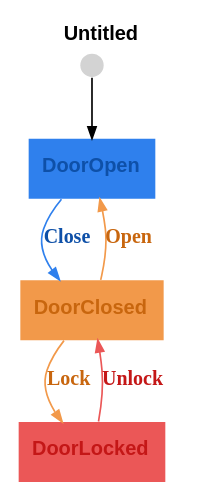
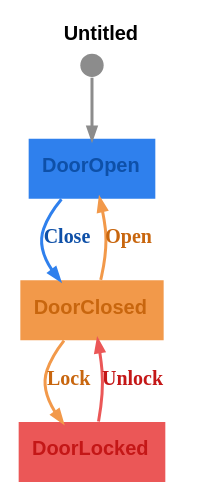
The diagram in graphs/door-with-lock.dot (m-bock/purescript-transit), drawn with Graphviz before and after one commit. The commit also changed 7 other files, not shown here.

```diff
--- a/graphs/door-with-lock.dot
+++ b/graphs/door-with-lock.dot
@@ -1,13 +1,13 @@
 digraph 
 {
 rankdir = "TD";fontname = "Arial";label = <<b>Untitled</b>>;labelloc = "t";fontsize = 12
 DoorOpen [shape = "box", label = <<b>DoorOpen</b>>, fontsize = 12, style = "filled", fillcolor = "#2f80ed", fontcolor = "#0e50a8", fontname = "Arial", labelloc = "c", penwidth = 0.0]
-__Start__ [shape = "circle", label = "", width = 0.2, height = 0.2, fixedsize = true, style = "filled", penwidth = 0.0]
-__Start__ -> DoorOpen [arrowsize = "0.7"]
-DoorOpen -> DoorClosed [label = <<b>Close</b>>, fontcolor = "#0e50a8", color = "#2f80ed", fontsize = 12, arrowsize = "0.7"]
+__Start__ [shape = "circle", label = "", width = 0.2, height = 0.2, fixedsize = true, style = "filled", fillcolor = "#8c8c8c", penwidth = 0.0]
+__Start__ -> DoorOpen [color = "#8c8c8c", fontsize = 12, arrowsize = "0.7", penwidth = 1.8]
+DoorOpen -> DoorClosed [color = "#2f80ed", fontcolor = "#0e50a8", fontsize = 12, arrowsize = "0.7", label = <<b>Close</b>>, penwidth = 1.8]
 DoorClosed [shape = "box", label = <<b>DoorClosed</b>>, fontsize = 12, style = "filled", fillcolor = "#f2994a", fontcolor = "#c8660e", fontname = "Arial", labelloc = "c", penwidth = 0.0]
-DoorClosed -> DoorOpen [label = <<b>Open</b>>, fontcolor = "#c8660e", color = "#f2994a", fontsize = 12, arrowsize = "0.7"]
-DoorClosed -> DoorLocked [label = <<b>Lock</b>>, fontcolor = "#c8660e", color = "#f2994a", fontsize = 12, arrowsize = "0.7"]
+DoorClosed -> DoorOpen [color = "#f2994a", fontcolor = "#c8660e", fontsize = 12, arrowsize = "0.7", label = <<b>Open</b>>, penwidth = 1.8]
+DoorClosed -> DoorLocked [color = "#f2994a", fontcolor = "#c8660e", fontsize = 12, arrowsize = "0.7", label = <<b>Lock</b>>, penwidth = 1.8]
 DoorLocked [shape = "box", label = <<b>DoorLocked</b>>, fontsize = 12, style = "filled", fillcolor = "#eb5757", fontcolor = "#c41717", fontname = "Arial", labelloc = "c", penwidth = 0.0]
-DoorLocked -> DoorClosed [label = <<b>Unlock</b>>, fontcolor = "#c41717", color = "#eb5757", fontsize = 12, arrowsize = "0.7"]
+DoorLocked -> DoorClosed [color = "#eb5757", fontcolor = "#c41717", fontsize = 12, arrowsize = "0.7", label = <<b>Unlock</b>>, penwidth = 1.8]
 }
```
